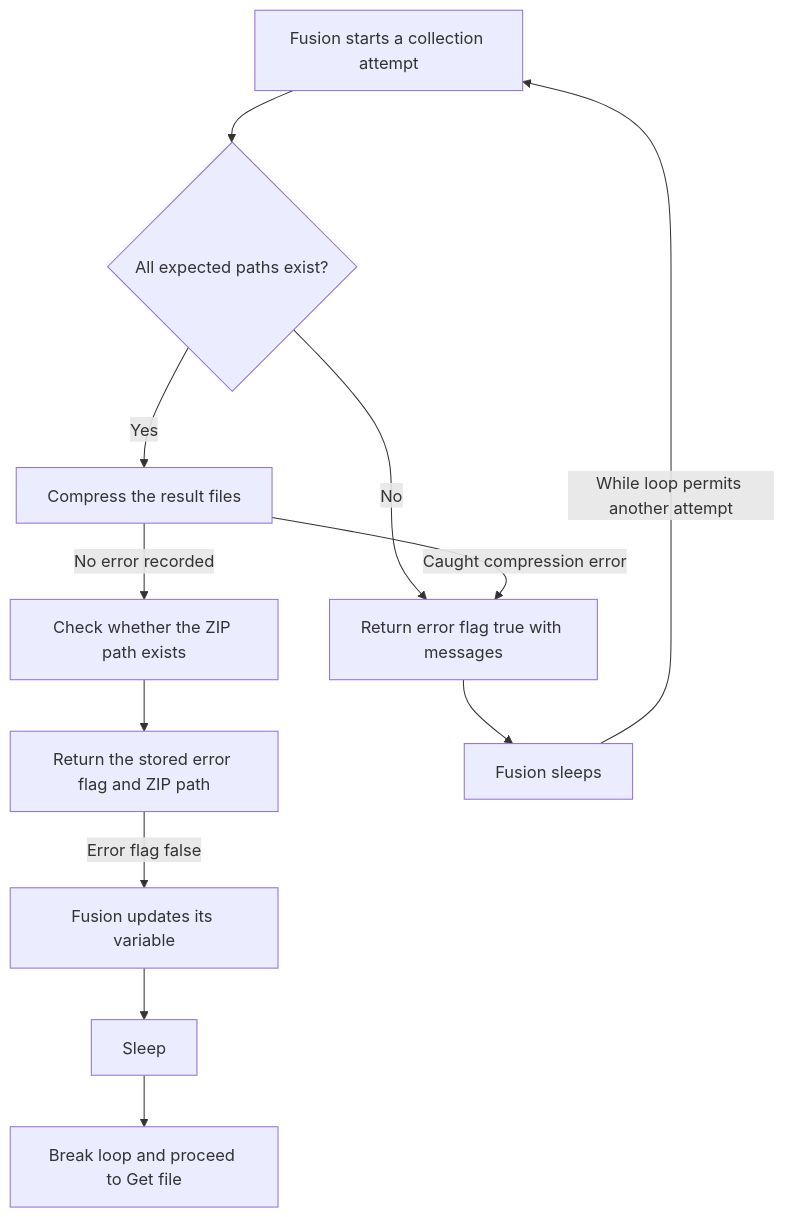
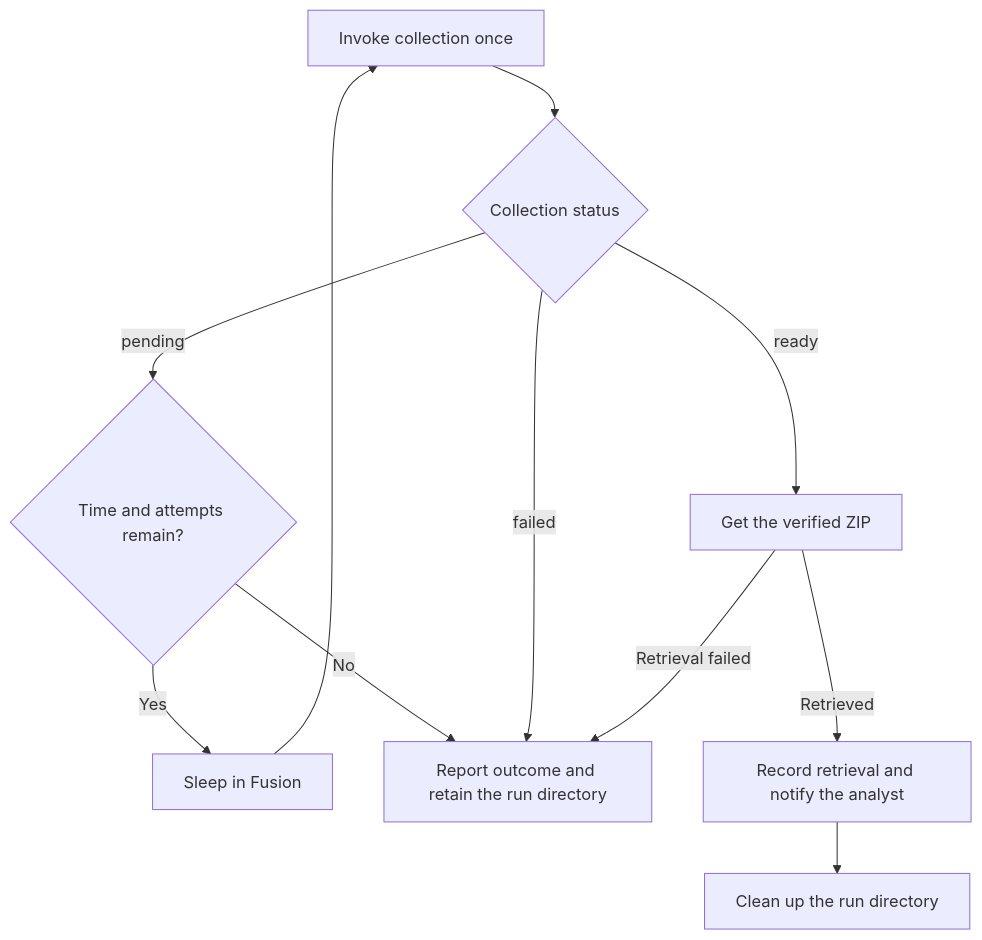
The second of 2 diagrams in docs/workflow.md (alexandruhera/crowdstrike-hindsight-soar), drawn with Mermaid before and after one commit. The commit also changed other lines of this file and 17 other files, not shown here.

Commit message:
Add optional profile lookback and verify asynchronous Hindsight results

````diff
--- a/docs/workflow.md
+++ b/docs/workflow.md
@@ -26,16 +27,15 @@
 ```mermaid
 flowchart TD
-    accTitle: Collection attempts in the bounded Fusion loop
-    accDescr: Fusion invokes collection once per attempt. Missing results or a caught compression error return true for the error flag and lead to sleep. A false flag leads to update variable, sleep and loop break. The loop has iteration and time limits.
-    iteration["Fusion starts a collection attempt"] --> paths{"All expected paths exist?"}
-    paths -->|No| retry["Return error flag true with messages"]
-    paths -->|Yes| archive["Compress the result files"]
-    archive -->|Caught compression error| retry
-    archive -->|No error recorded| verify["Check whether the ZIP path exists"]
-    verify --> result["Return the stored error flag and ZIP path"]
-    retry --> sleep["Fusion sleeps"]
-    sleep -->|While loop permits another attempt| iteration
-    result -->|Error flag false| update["Fusion updates its variable"]
-    update --> pause["Sleep"]
-    pause --> done["Break loop and proceed to Get file"]
+    accTitle: Poll and retrieve a verified archive
+    accDescr: Collection checks each worker's completion marker for this run. Fusion retries pending work within its budget, reports failure or timeout, and retrieves a verified archive on ready.
+    poll["Invoke collection once"] --> state{"Collection status"}
+    state -->|pending| budget{"Time and attempts remain?"}
+    budget -->|Yes| sleep["Sleep in Fusion"]
+    sleep --> poll
+    budget -->|No| retain["Report outcome and retain the run directory"]
+    state -->|failed| retain
+    state -->|ready| get["Get the verified ZIP"]
+    get -->|Retrieval failed| retain
+    get -->|Retrieved| notify["Record retrieval and notify the analyst"]
+    notify --> cleanup["Clean up the run directory"]
 ```
````
